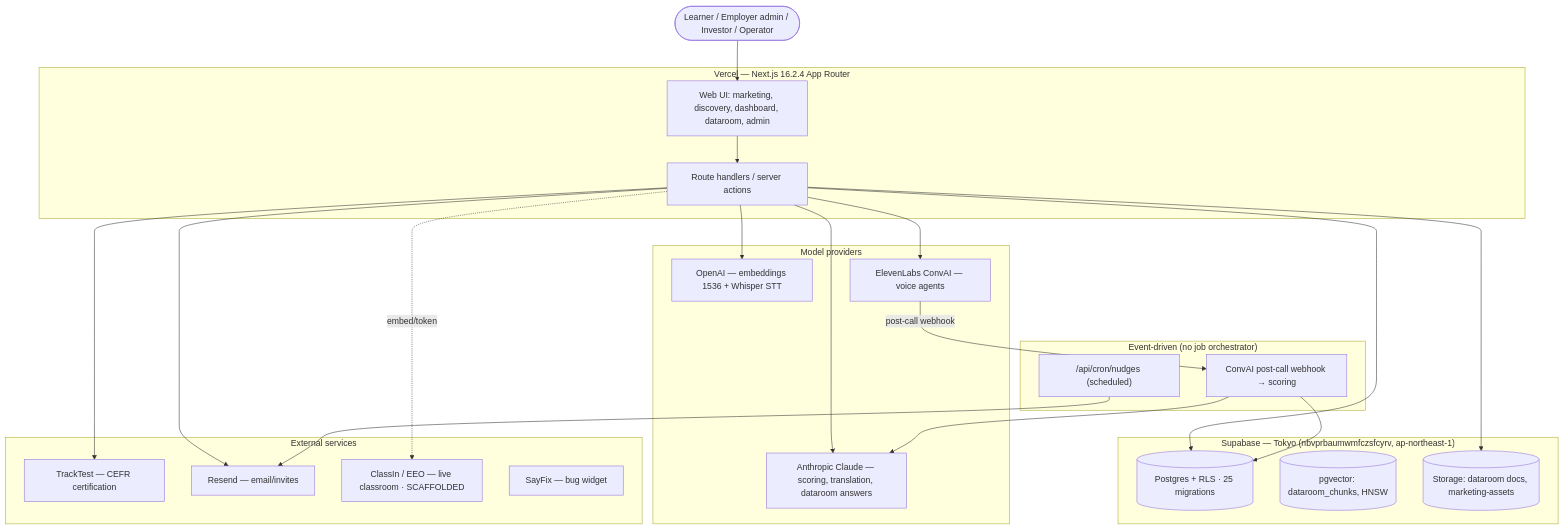
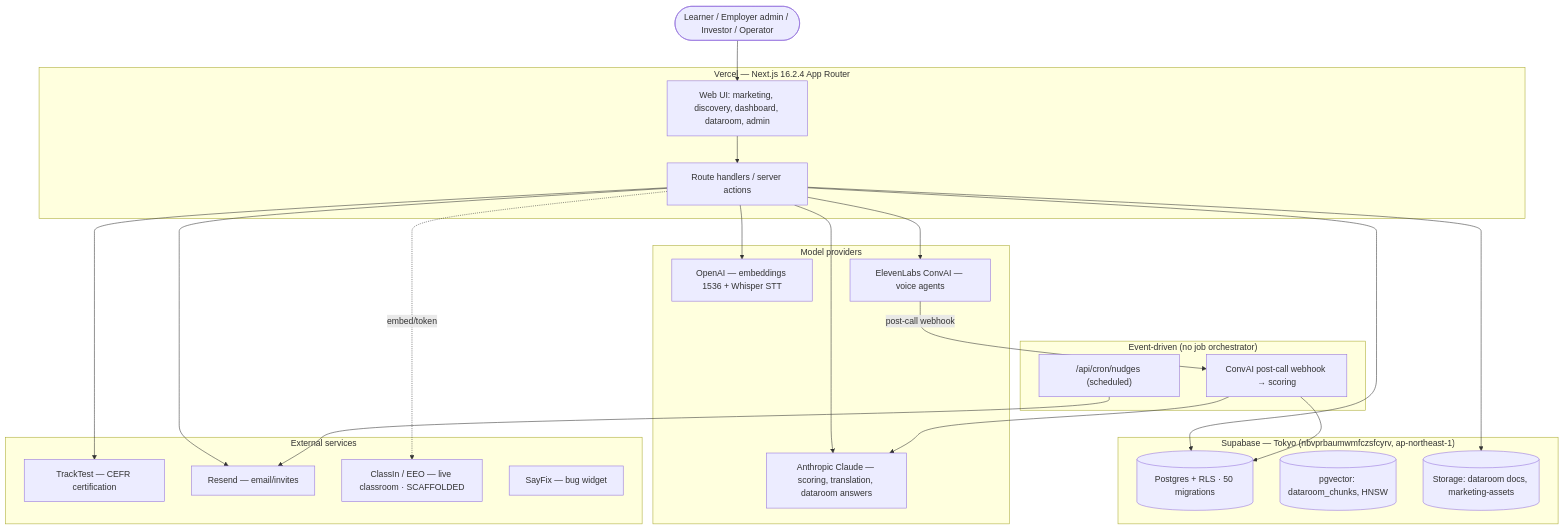
Before and after one commit to LingoPure/purelingo-app-sandbox: the diagram in docs/HLD.md, drawn with Mermaid. The commit also changed other lines of this file and 3 other files, not shown here.

````diff
--- a/docs/HLD.md
+++ b/docs/HLD.md
@@ -46,46 +46,46 @@
 ```mermaid
 flowchart TB
     User([Learner / Employer admin / Investor / Operator])
 
     subgraph Edge["Vercel — Next.js 16.2.4 App Router"]
         UI[Web UI: marketing, discovery, dashboard, dataroom, admin]
         API[Route handlers / server actions]
     end
 
     subgraph Async["Event-driven (no job orchestrator)"]
         WH[ConvAI post-call webhook → scoring]
         CRON["/api/cron/nudges (scheduled)"]
     end
 
     subgraph Data["Supabase — Tokyo (nbvprbaumwmfczsfcyrv, ap-northeast-1)"]
-        PG[(Postgres + RLS · 25 migrations)]
+        PG[(Postgres + RLS · 50 migrations)]
         VEC[(pgvector: dataroom_chunks, HNSW)]
         OBJ[(Storage: dataroom docs, marketing-assets)]
     end
 
     subgraph AI["Model providers"]
         ANTH[Anthropic Claude — scoring, translation, dataroom answers]
         OAI[OpenAI — embeddings 1536 + Whisper STT]
         EL[ElevenLabs ConvAI — voice agents]
     end
 
     subgraph Ext["External services"]
         TT[TrackTest — CEFR certification]
         RESEND[Resend — email/invites]
         CLASSIN[ClassIn / EEO — live classroom · SCAFFOLDED]
         SAYFIX[SayFix — bug widget]
     end
 
     User --> UI --> API
     API --> PG
     API --> OBJ
     API --> ANTH
     API --> OAI
     API --> EL
     API --> RESEND
     API --> TT
     EL -- post-call webhook --> WH --> ANTH
     WH --> PG
     CRON --> RESEND
     API -. embed/token .-> CLASSIN
 ```
````
